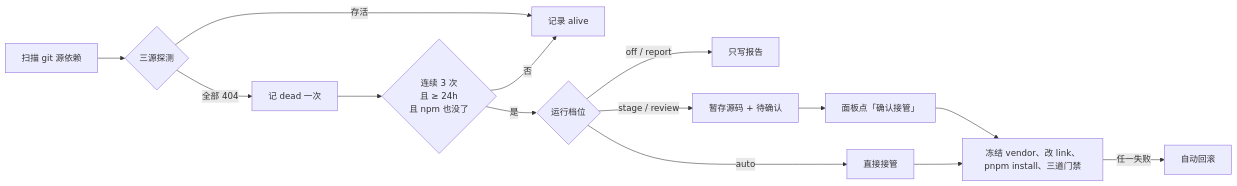
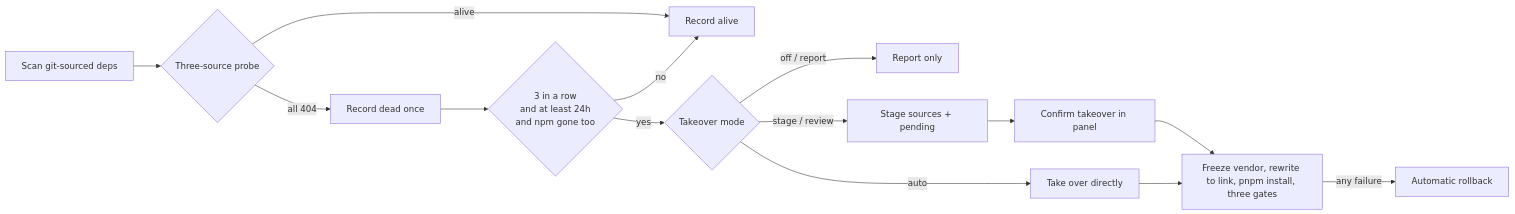
The diagram in README.md (suhong11300/dsh-plugin-guard), drawn with Mermaid before and after one commit. The commit also changed other lines of this file and 3 other files, not shown here.

````diff
--- a/README.md
+++ b/README.md
@@ -48,16 +50,16 @@
 ```mermaid
 flowchart LR
-    A[扫描 git 源依赖] --> B{三源探测}
-    B -->|存活| C[记录 alive]
-    B -->|全部 404| D[记 dead 一次]
-    D --> E{连续 3 次<br/>且 ≥ 24h<br/>且 npm 也没了}
-    E -->|否| C
-    E -->|是| F{运行档位}
-    F -->|off / report| G[只写报告]
-    F -->|stage / review| H[暂存源码 + 待确认]
-    H --> I[面板点「确认接管」]
-    F -->|auto| J[直接接管]
-    I --> K[冻结 vendor、改 link、pnpm install、三道门禁]
+    A[Scan git-sourced deps] --> B{Three-source probe}
+    B -->|alive| C[Record alive]
+    B -->|all 404| D[Record dead once]
+    D --> E{3 in a row<br/>and at least 24h<br/>and npm gone too}
+    E -->|no| C
+    E -->|yes| F{Takeover mode}
+    F -->|off / report| G[Report only]
+    F -->|stage / review| H[Stage sources + pending]
+    H --> I[Confirm takeover in panel]
+    F -->|auto| J[Take over directly]
+    I --> K[Freeze vendor, rewrite to link, pnpm install, three gates]
     J --> K
-    K -->|任一失败| L[自动回滚]
+    K -->|any failure| L[Automatic rollback]
 ```
````
